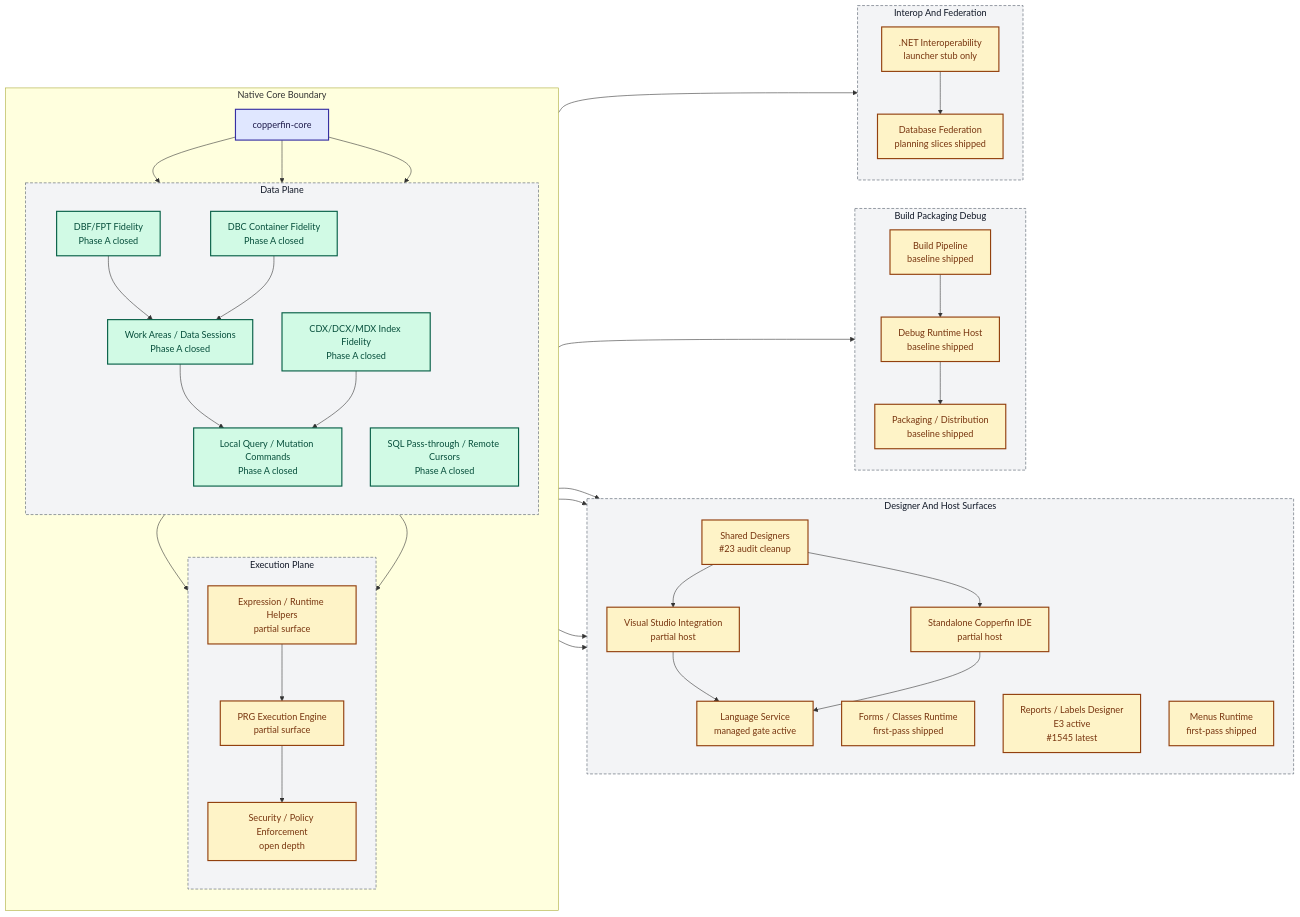
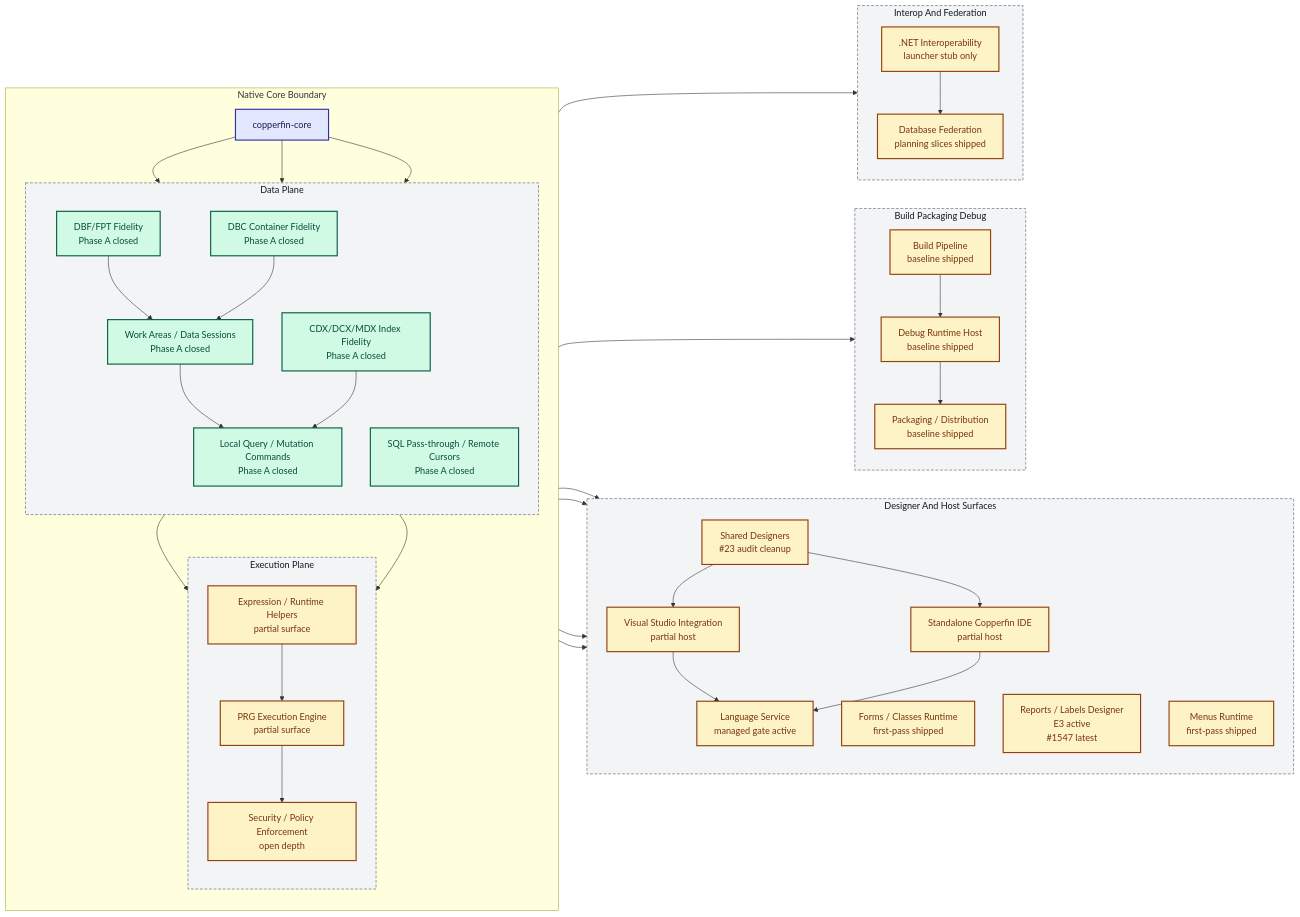
Before and after one commit to rhamenator/Project-Copperfin: the diagram in docs/02-architecture.md, drawn with Mermaid. The commit also changed 6 other files, not shown here.

```diff
--- a/docs/02-architecture.md
+++ b/docs/02-architecture.md
@@ -36,7 +36,7 @@
         direction TB
         DES["Shared Designers<br/>#23 audit cleanup"]
         FORMS["Forms / Classes Runtime<br/>first-pass shipped"]
-        RPT["Reports / Labels Designer<br/>E3 active<br/>#1545 latest"]
+        RPT["Reports / Labels Designer<br/>E3 active<br/>#1547 latest"]
         MENU["Menus Runtime<br/>first-pass shipped"]
         VS["Visual Studio Integration<br/>partial host"]
         IDE["Standalone Copperfin IDE<br/>partial host"]
```
